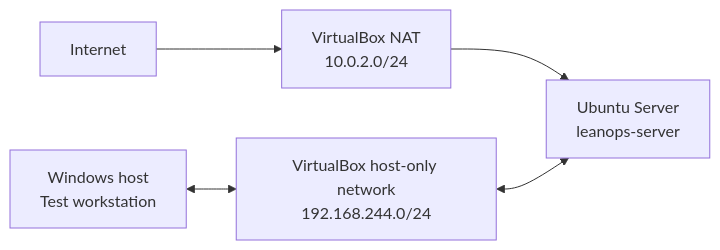
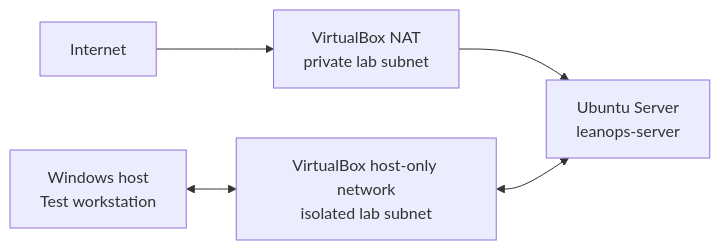
The diagram in README.md (Steve-G-Git/LeanOps-Lab), drawn with Mermaid before and after one commit. The commit also changed other lines of this file and 11 other files, not shown here.

````diff
--- a/README.md
+++ b/README.md
@@ -56,7 +61,7 @@
 ```mermaid
 flowchart LR
-    Internet["Internet"] --> NAT["VirtualBox NAT<br/>10.0.2.0/24"]
+    Internet["Internet"] --> NAT["VirtualBox NAT<br/>private lab subnet"]
     NAT --> Server["Ubuntu Server<br/>leanops-server"]
-    Windows["Windows host<br/>Test workstation"] <--> HostOnly["VirtualBox host-only network<br/>192.168.244.0/24"]
+    Windows["Windows host<br/>Test workstation"] <--> HostOnly["VirtualBox host-only network<br/>isolated lab subnet"]
     HostOnly <--> Server
 ```
````
